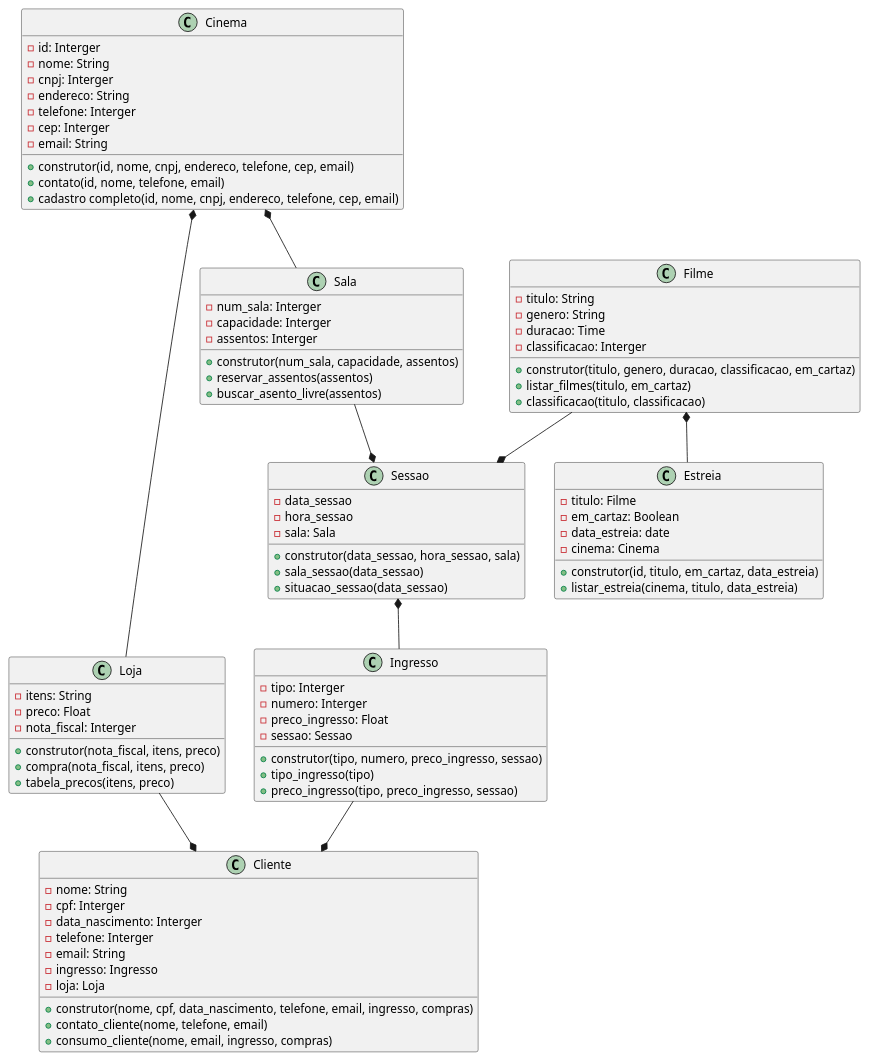
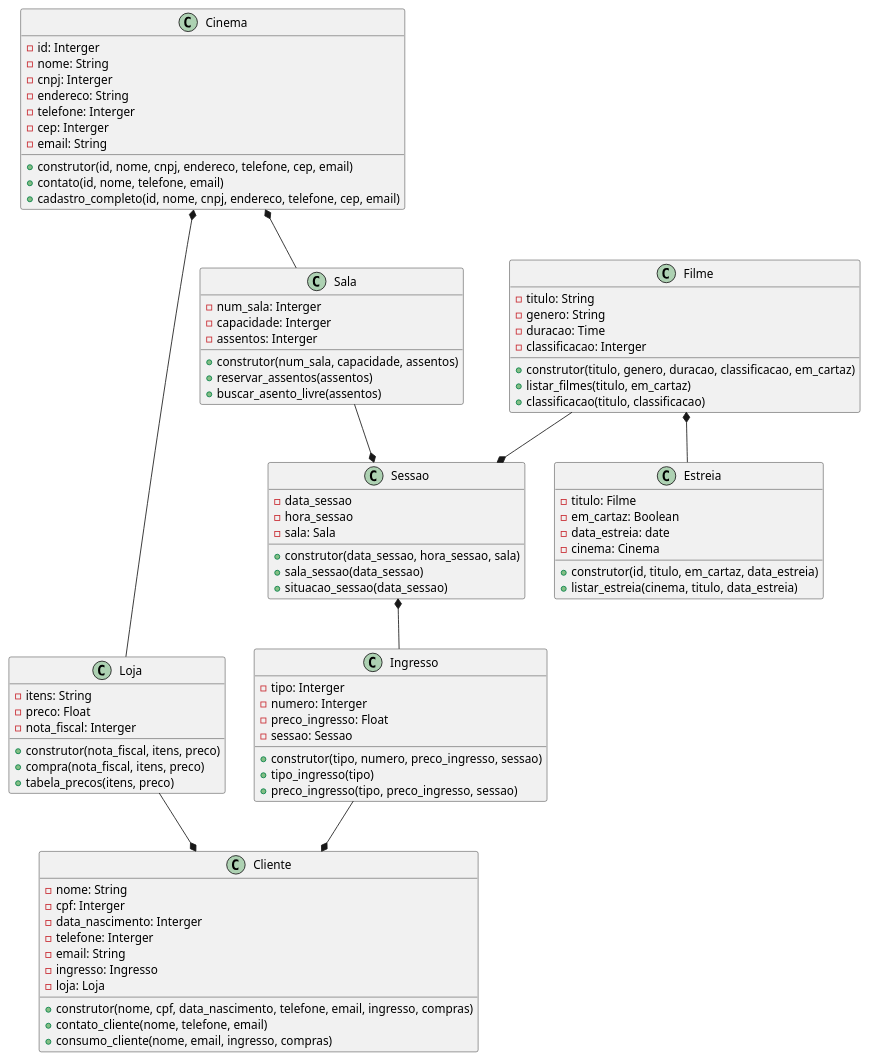
The diagram in cinema.plantuml (anleaes/2023-1-N1-POO-01), drawn with PlantUML before and after one commit.

```diff
--- a/cinema.plantuml
+++ b/cinema.plantuml
@@ -1,94 +1,94 @@
 @startuml Diagrama Herança Cinema - Grupo 1
 
 class Cinema {
     - id: Interger
     - nome: String
     - cnpj: Interger 
     - endereco: String
     - telefone: Interger
     - cep: Interger
     - email: String
     + construtor(id, nome, cnpj, endereco, telefone, cep, email)
     + contato(id, nome, telefone, email)
-    + cadastro completo(id, nome, cnpj, endereco, telefone, cep, email)
+    + cadastro_completo(id, nome, cnpj, endereco, telefone, cep, email)
 }
 
 class Sala{
     - num_sala: Interger
     - capacidade: Interger
     - assentos: Interger
     + construtor(num_sala, capacidade, assentos)
     + reservar_assentos(assentos)
     + buscar_asento_livre(assentos)
 }
 
 class Sessao{
     - data_sessao
     - hora_sessao
     - sala: Sala
     + construtor(data_sessao, hora_sessao, sala)
     + sala_sessao(data_sessao)
     + situacao_sessao(data_sessao)      
 }
 
 class Loja{
     - itens: String
     - preco: Float
     - nota_fiscal: Interger
     + construtor(nota_fiscal, itens, preco)
     + compra(nota_fiscal, itens, preco)
     + tabela_precos(itens, preco)
 }
 
 class Ingresso{
     - tipo: Interger
     - numero: Interger
     - preco_ingresso: Float
     - sessao: Sessao
     + construtor(tipo, numero, preco_ingresso, sessao)
     + tipo_ingresso(tipo)
     + preco_ingresso(tipo, preco_ingresso, sessao)
 }
 
 class Cliente{
     - nome: String
     - cpf: Interger
     - data_nascimento: Interger
     - telefone: Interger
     - email: String
     - ingresso: Ingresso
     - loja: Loja
     + construtor(nome, cpf, data_nascimento, telefone, email, ingresso, compras)
     + contato_cliente(nome, telefone, email)
     + consumo_cliente(nome, email, ingresso, compras)    
 }
 
 class Filme{
     - titulo: String
     - genero: String
     - duracao: Time
     - classificacao: Interger
     + construtor(titulo, genero, duracao, classificacao, em_cartaz)
     + listar_filmes(titulo, em_cartaz)
     + classificacao(titulo, classificacao)
 }
 
 class Estreia {
     - titulo: Filme
     - em_cartaz: Boolean
     - data_estreia: date
     - cinema: Cinema
     + construtor(id, titulo, em_cartaz, data_estreia)
     + listar_estreia(cinema, titulo, data_estreia)
 }
 
 Cinema *-- Sala
 Sala --* Sessao
 Filme --* Sessao
 Filme *-- Estreia
 Ingresso --* Cliente
 Cinema *-- Loja
 Loja --* Cliente
 Sessao *-- Ingresso
 
 @enduml
```
